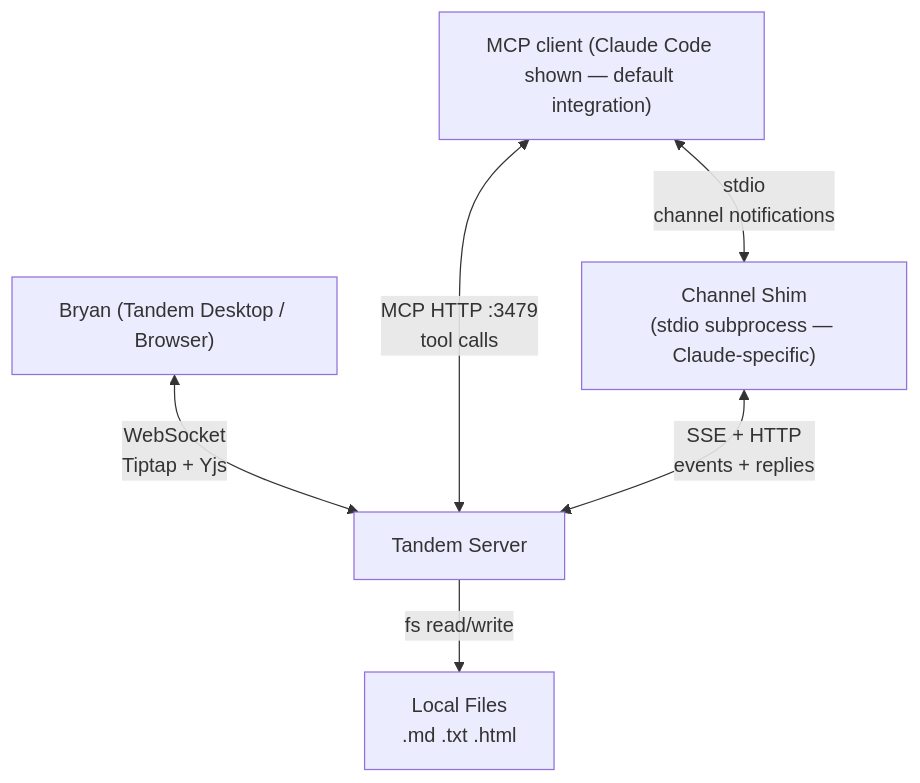
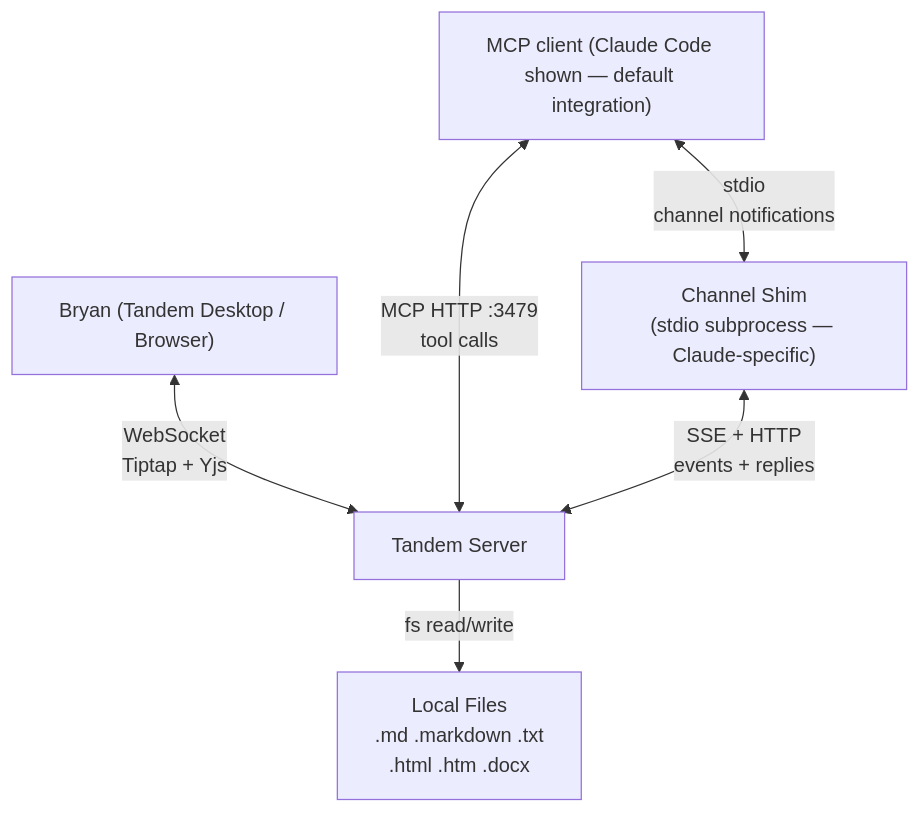
Before and after one commit to bloknayrb/tandem: the first of 3 diagrams in docs/architecture.md, drawn with Mermaid. The commit also changed other lines of this file and 3 other files, not shown here.

````diff
--- a/docs/architecture.md
+++ b/docs/architecture.md
@@ -13,13 +13,13 @@
 ```mermaid
 graph TB
     User["Bryan (Tandem Desktop / Browser)"]
     Claude["MCP client (Claude Code shown — default integration)"]
     Tandem["Tandem Server"]
     Shim["Channel Shim<br/>(stdio subprocess — Claude-specific)"]
 
     User <-->|WebSocket<br/>Tiptap + Yjs| Tandem
     Claude <-->|MCP HTTP :3479<br/>tool calls| Tandem
     Claude <-->|stdio<br/>channel notifications| Shim
     Shim <-->|SSE + HTTP<br/>events + replies| Tandem
-    Tandem -->|fs read/write| Files["Local Files<br/>.md .txt .html"]
+    Tandem -->|fs read/write| Files["Local Files<br/>.md .markdown .txt<br/>.html .htm .docx"]
 ```
````
